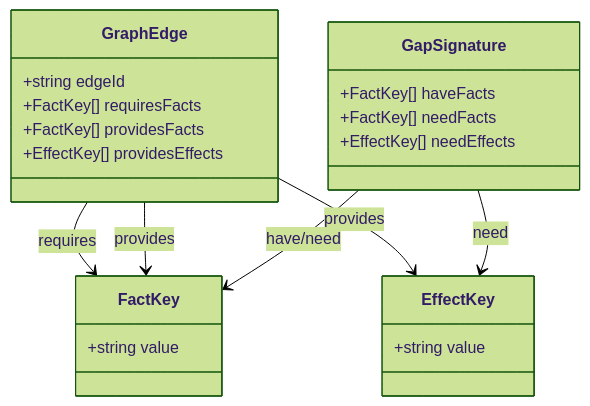
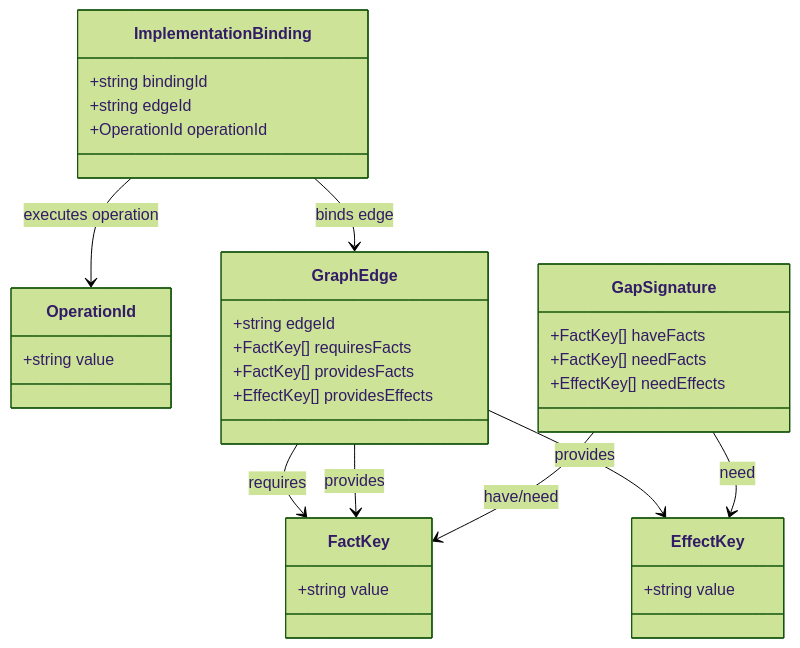
The first of 6 diagrams in docs/model/registry-schema-diagrams.md (peter-wilkins/commandbook), drawn with Mermaid (forest theme) before and after one commit. The commit also changed other lines of this file and 3 other files, not shown here.

Commit message:
Add implementation binding registry slice

````diff
--- a/docs/model/registry-schema-diagrams.md
+++ b/docs/model/registry-schema-diagrams.md
@@ -39,29 +40,41 @@
 ```mermaid
 classDiagram
   class FactKey {
     +string value
   }
 
   class EffectKey {
     +string value
   }
 
+  class OperationId {
+    +string value
+  }
+
   class GraphEdge {
     +string edgeId
     +FactKey[] requiresFacts
     +FactKey[] providesFacts
     +EffectKey[] providesEffects
+  }
+
+  class ImplementationBinding {
+    +string bindingId
+    +string edgeId
+    +OperationId operationId
   }
 
   class GapSignature {
     +FactKey[] haveFacts
     +FactKey[] needFacts
     +EffectKey[] needEffects
   }
 
   GraphEdge --> FactKey : requires
   GraphEdge --> FactKey : provides
   GraphEdge --> EffectKey : provides
+  ImplementationBinding --> GraphEdge : binds edge
+  ImplementationBinding --> OperationId : executes operation
   GapSignature --> FactKey : have/need
   GapSignature --> EffectKey : need
 ```
````
